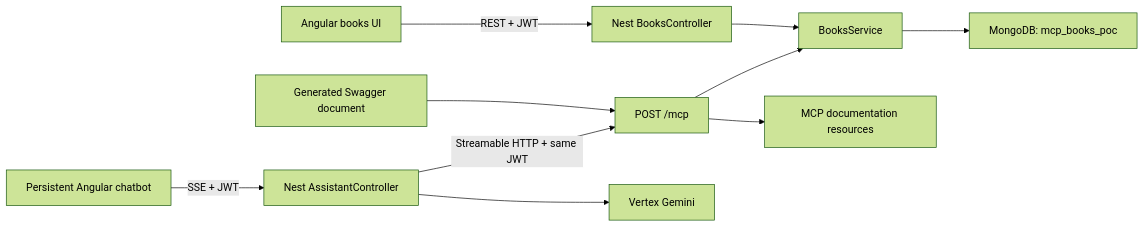
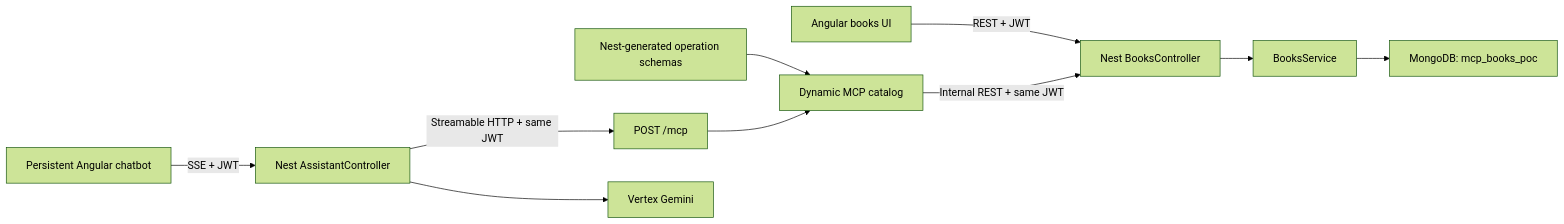
One commit to mohamedalalwan-penny/nest-mcp-learning-server changed the diagram in README.md. Above: the diagram before and after it, drawn with Mermaid (forest theme). The commit also changed other lines of this file and 27 other files, not shown here.

Commit message:
feat: generate MCP tools from Nest APIs

````diff
--- a/README.md
+++ b/README.md
@@ -17,12 +17,12 @@
 ```mermaid
 flowchart LR
     UI["Angular books UI"] -->|"REST + JWT"| REST["Nest BooksController"]
     Widget["Persistent Angular chatbot"] -->|"SSE + JWT"| Assistant["Nest AssistantController"]
     Assistant -->|"Streamable HTTP + same JWT"| MCP["POST /mcp"]
-    MCP --> Service["BooksService"]
-    REST --> Service
+    OpenAPI["Nest-generated operation schemas"] --> Catalog["Dynamic MCP catalog"]
+    MCP --> Catalog
+    Catalog -->|"Internal REST + same JWT"| REST
+    REST --> Service["BooksService"]
     Service --> Mongo["MongoDB: mcp_books_poc"]
-    Swagger["Generated Swagger document"] --> MCP
-    MCP --> Docs["MCP documentation resources"]
     Assistant --> Gemini["Vertex Gemini"]
 ```
````
